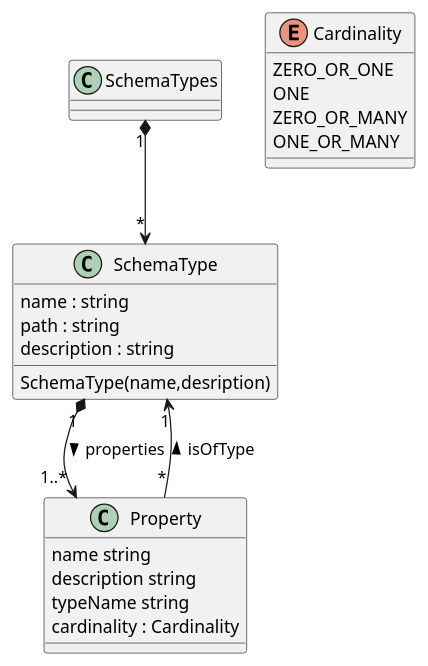
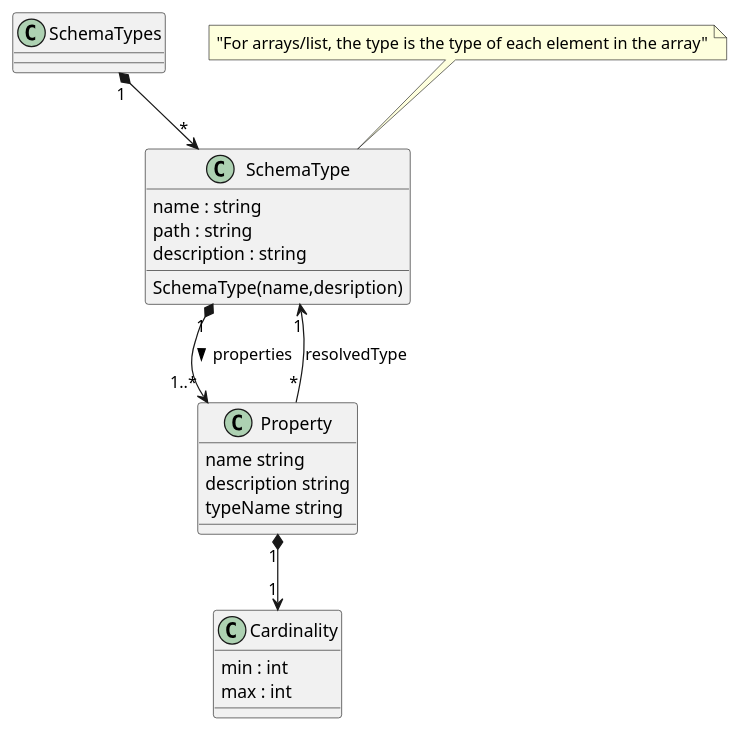
The diagram in uml/schema-types.plantuml (techcobweb/openapi2beans), drawn with PlantUML before and after one commit. The commit also changed 3 other files, not shown here.

Commit message:
better diagram

```diff
--- a/uml/schema-types.plantuml
+++ b/uml/schema-types.plantuml
@@ -1,34 +1,36 @@
 @startuml "schema-types"
 
 class SchemaTypes {
 } 
 
 SchemaTypes "1" *--> "*" SchemaType
 
 class SchemaType {
     {field} name : string
     {field} path : string
     {field} description : string
 
     {method} SchemaType(name,desription)
 }
 
+note top of SchemaType : "For arrays/list, the type is the type of each element in the array"
+
 class Property {
     {field} name string 
     {field} description string 
     {field} typeName string
-    {field} cardinality : Cardinality
+}
+
+Property "*" --> "1" SchemaType : resolvedType 
+
+Property "1" *--> "1" Cardinality
+
+class Cardinality {
+    {field} min : int
+    {field} max : int
 }
 
 SchemaType "1" *--> "1..*" Property : properties >
 
-Property "*" --> "1" SchemaType : isOfType >
-
-enum Cardinality {
-    ZERO_OR_ONE
-    ONE
-    ZERO_OR_MANY
-    ONE_OR_MANY
-}
 
 @enduml
```
